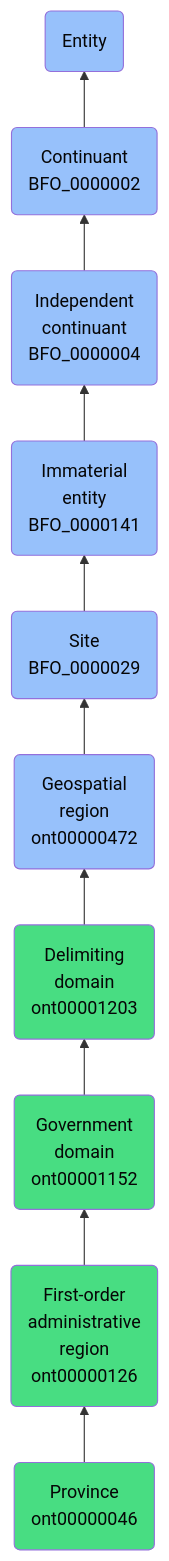
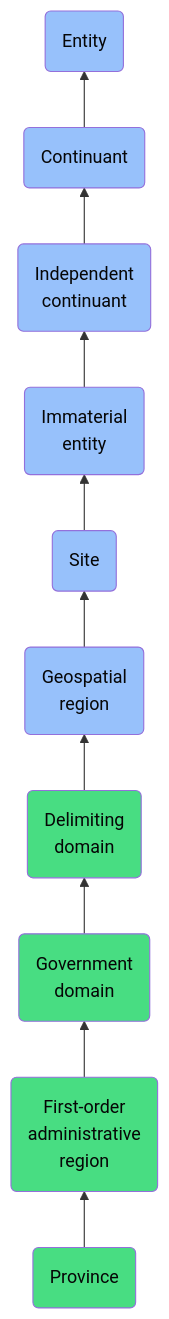
Before and after one commit to jupyter-naas/abi: the diagram in docs/ontology/reference/model/Entity/Continuant/Independent continuant/Immaterial entity/Site/Geospatial region/Delimiting domain/Government domain/First-order administrative region/Province/Province.md, drawn with Mermaid. The commit also changed other lines of this file and 1430 other files, not shown here.

````diff
--- a/docs/ontology/reference/model/Entity/Continuant/Independent continuant/Immaterial entity/Site/Geospatial region/Delimiting domain/Government domain/First-order administrative region/Province/Province.md
+++ b/docs/ontology/reference/model/Entity/Continuant/Independent continuant/Immaterial entity/Site/Geospatial region/Delimiting domain/Government domain/First-order administrative region/Province/Province.md
@@ -24,17 +24,17 @@
 ```mermaid
 graph BT
-    ont00000046(Province<br>ont00000046):::ABI-->ont00000126
-    ont00000126(First-order<br>administrative<br>region<br>ont00000126):::ABI-->ont00001152
-    ont00001152(Government<br>domain<br>ont00001152):::ABI-->ont00001203
-    ont00001203(Delimiting<br>domain<br>ont00001203):::ABI-->ont00000472
-    ont00000472(Geospatial<br>region<br>ont00000472):::BFO-->BFO_0000029
-    BFO_0000029(Site<br>BFO_0000029):::BFO-->BFO_0000141
-    BFO_0000141(Immaterial<br>entity<br>BFO_0000141):::BFO-->BFO_0000004
-    BFO_0000004(Independent<br>continuant<br>BFO_0000004):::BFO-->BFO_0000002
-    BFO_0000002(Continuant<br>BFO_0000002):::BFO-->BFO_0000001
+    ont00000046(Province):::ABI-->ont00000126
+    ont00000126(First-order<br>administrative<br>region):::ABI-->ont00001152
+    ont00001152(Government<br>domain):::ABI-->ont00001203
+    ont00001203(Delimiting<br>domain):::ABI-->ont00000472
+    ont00000472(Geospatial<br>region):::BFO-->BFO_0000029
+    BFO_0000029(Site):::BFO-->BFO_0000141
+    BFO_0000141(Immaterial<br>entity):::BFO-->BFO_0000004
+    BFO_0000004(Independent<br>continuant):::BFO-->BFO_0000002
+    BFO_0000002(Continuant):::BFO-->BFO_0000001
     BFO_0000001(Entity):::BFO
     
     classDef BFO fill:#97c1fb,color:#060606
     classDef CCO fill:#e4c51e,color:#060606
     classDef ABI fill:#48DD82,color:#060606
 ```
````
